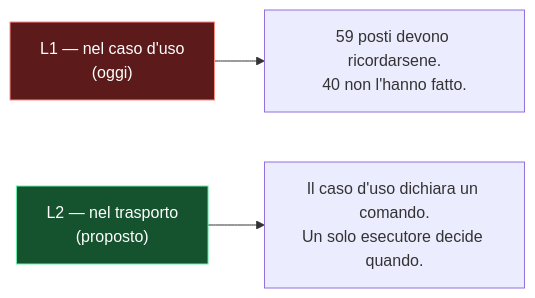
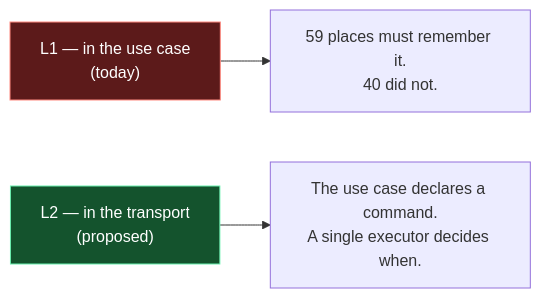
One commit to pablolok/claude-skills changed the diagram in skills/writing-architecture-docs/SKILL.md. Above: the diagram before and after it, drawn with Mermaid. The commit also changed other lines of this file and 37 other files, not shown here.

First line of the commit message:
feat(mermaid-diagrams, writing-architecture-docs, typescript-react-standards): 1.1.0 — English, generic, no project's stack

````diff
--- a/skills/writing-architecture-docs/SKILL.md
+++ b/skills/writing-architecture-docs/SKILL.md
@@ -238,10 +215,10 @@
 ```mermaid
 flowchart LR
-    L1["L1 — nel caso d'uso<br/>(oggi)"] --> L1N["59 posti devono ricordarsene.<br/>40 non l'hanno fatto."]
-    L2["L2 — nel trasporto<br/>(proposto)"] --> L2N["Il caso d'uso dichiara un comando.<br/>Un solo esecutore decide quando."]
+    L1["L1 — in the use case<br/>(today)"] --> L1N["59 places must remember it.<br/>40 did not."]
+    L2["L2 — in the transport<br/>(proposed)"] --> L2N["The use case declares a command.<br/>A single executor decides when."]
 
     classDef bad fill:#5c1a1a,stroke:#ff8a80,color:#ffffff
     classDef good fill:#14532d,stroke:#69f0ae,color:#ffffff
     class L2 good
     class L1 bad
 ```
````
